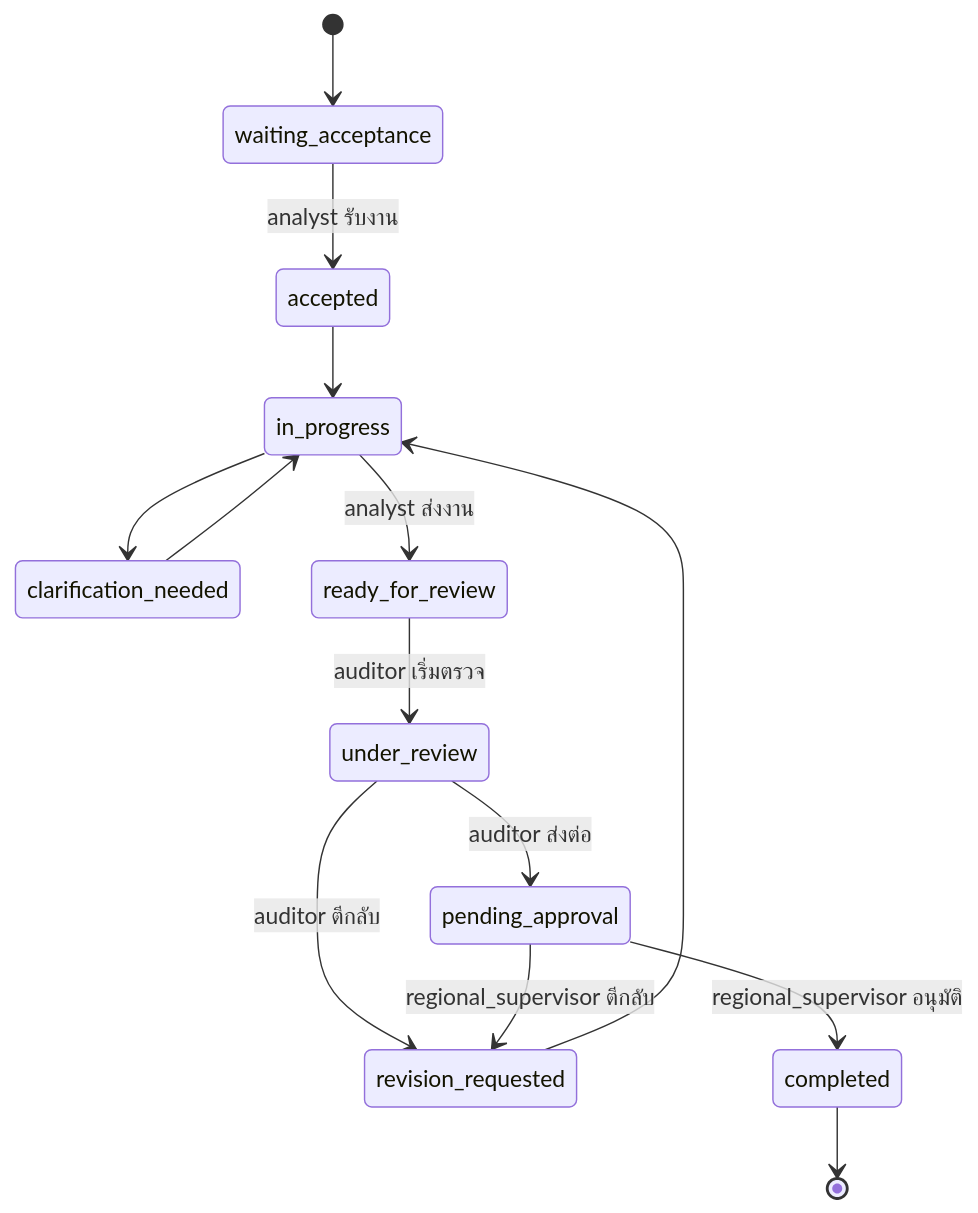
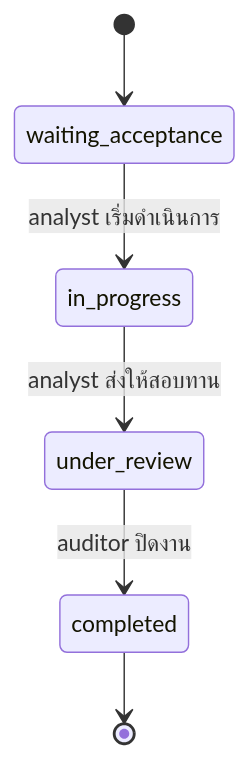
Before and after one commit to Chain361/FinRisk-Backend: the second of 3 diagrams in docs/ARCHITECTURE.md, drawn with Mermaid. The commit also changed other lines of this file and 7 other files, not shown here.

````diff
--- a/docs/ARCHITECTURE.md
+++ b/docs/ARCHITECTURE.md
@@ -130,16 +130,8 @@
 ```mermaid
 stateDiagram-v2
   [*] --> waiting_acceptance
-  waiting_acceptance --> accepted: analyst รับงาน
-  accepted --> in_progress
-  in_progress --> clarification_needed
-  clarification_needed --> in_progress
-  in_progress --> ready_for_review: analyst ส่งงาน
-  ready_for_review --> under_review: auditor เริ่มตรวจ
-  under_review --> revision_requested: auditor ตีกลับ
-  under_review --> pending_approval: auditor ส่งต่อ
-  revision_requested --> in_progress
-  pending_approval --> completed: regional_supervisor อนุมัติ
-  pending_approval --> revision_requested: regional_supervisor ตีกลับ
+  waiting_acceptance --> in_progress: analyst เริ่มดำเนินการ
+  in_progress --> under_review: analyst ส่งให้สอบทาน
+  under_review --> completed: auditor ปิดงาน
   completed --> [*]
 ```
````
